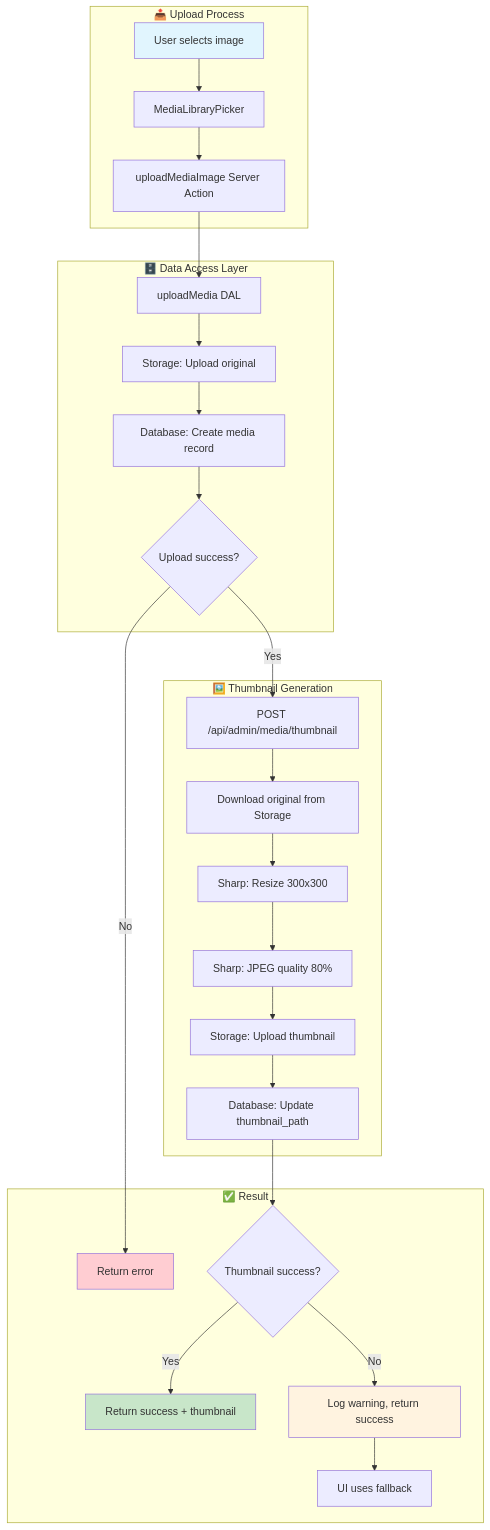
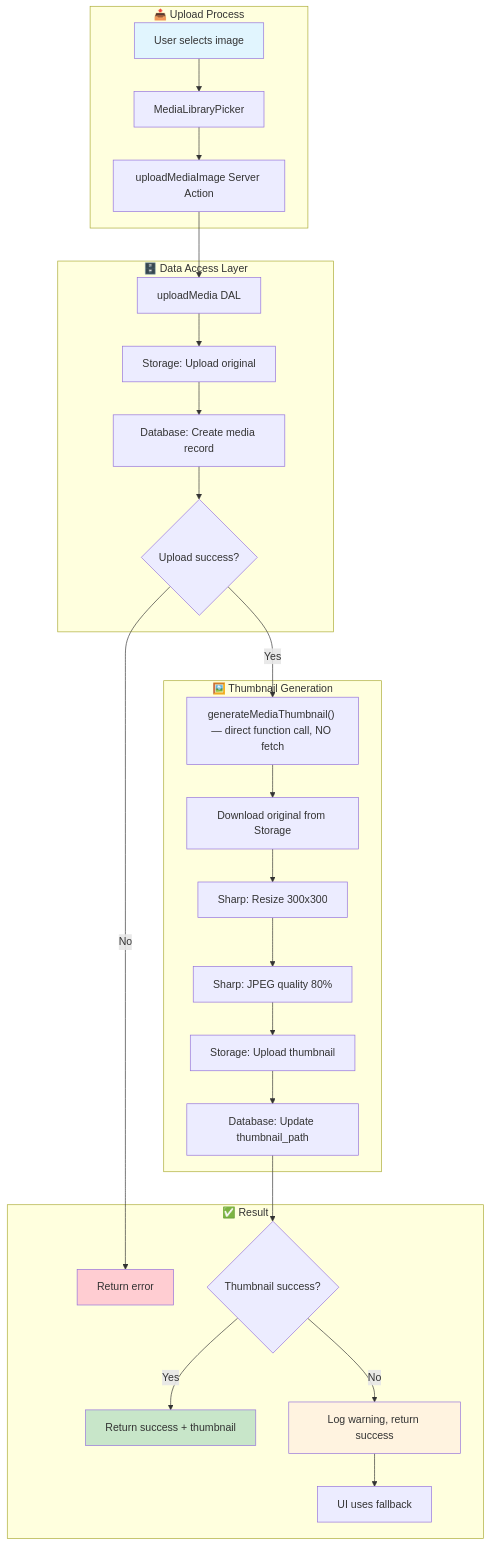
One commit to YanBerdin/rougecardinalcompany changed the diagram in memory-bank/thumbnail-flow.md. Above: the diagram before and after it, drawn with Mermaid. The commit also changed other lines of this file and 4 other files, not shown here.

First line of the commit message:
fix(media): remove internal self-fetch for thumbnail generation

````diff
--- a/memory-bank/thumbnail-flow.md
+++ b/memory-bank/thumbnail-flow.md
@@ -7,36 +7,36 @@
 ```mermaid
 flowchart TD
     subgraph Upload["📤 Upload Process"]
         A[User selects image] --> B[MediaLibraryPicker]
         B --> C[uploadMediaImage Server Action]
     end
 
     subgraph DAL["🗄️ Data Access Layer"]
         C --> D[uploadMedia DAL]
         D --> E[Storage: Upload original]
         E --> F[Database: Create media record]
         F --> G{Upload success?}
     end
 
     subgraph Thumbnail["🖼️ Thumbnail Generation"]
-        G -->|Yes| H[POST /api/admin/media/thumbnail]
+        G -->|Yes| H["generateMediaThumbnail() — direct function call, NO fetch"]
         H --> I[Download original from Storage]
         I --> J[Sharp: Resize 300x300]
         J --> K[Sharp: JPEG quality 80%]
         K --> L[Storage: Upload thumbnail]
         L --> M[Database: Update thumbnail_path]
     end
 
     subgraph Result["✅ Result"]
         G -->|No| N[Return error]
         M --> O{Thumbnail success?}
         O -->|Yes| P[Return success + thumbnail]
         O -->|No| Q[Log warning, return success]
         Q --> R[UI uses fallback]
     end
 
     style A fill:#e1f5fe
     style P fill:#c8e6c9
     style Q fill:#fff3e0
     style N fill:#ffcdd2
 ```
````
